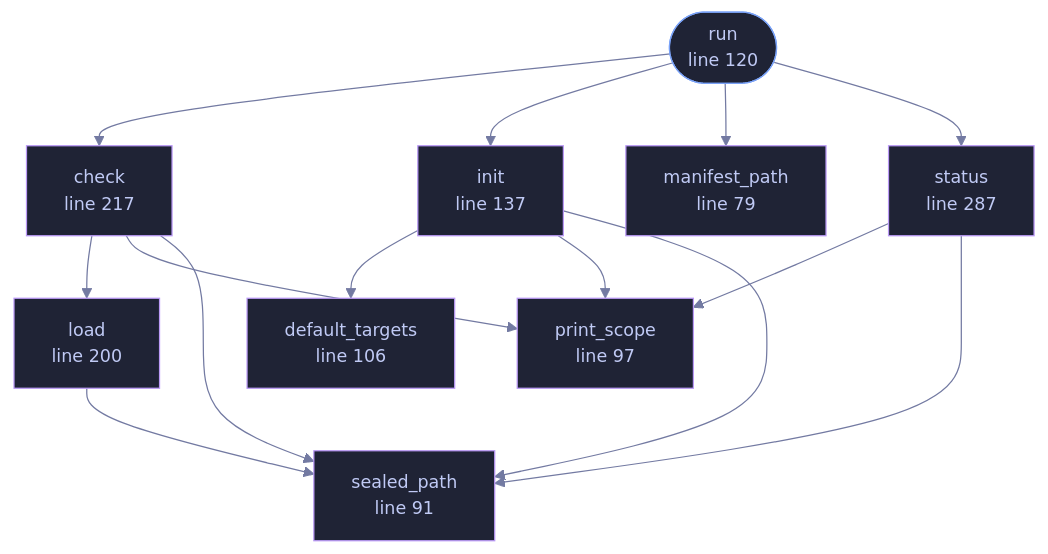
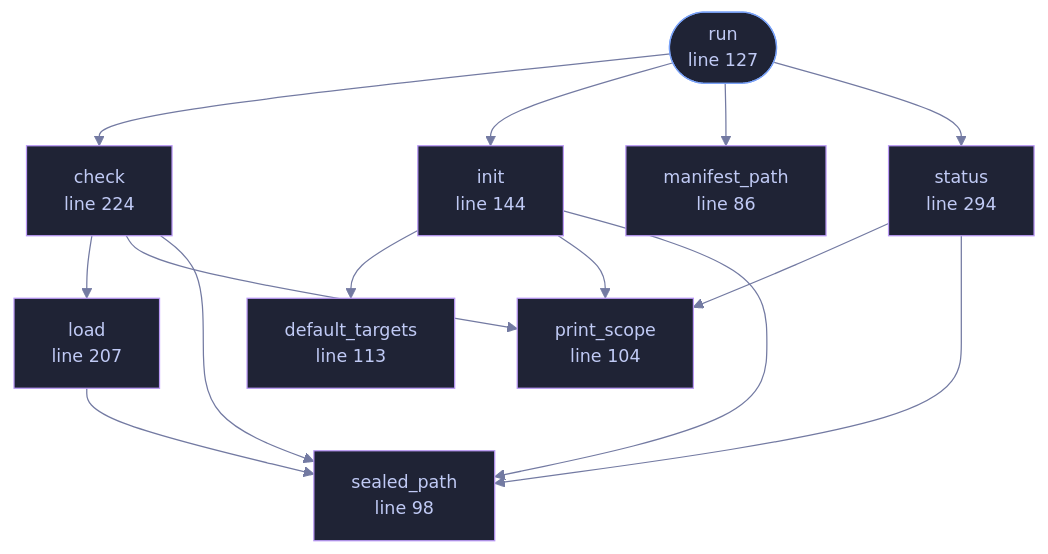
The diagram in docs/files/veilvoice-cli/guard.md (tilas01/veilvoice), drawn with Mermaid before and after one commit. The commit also changed other lines of this file and 85 other files, not shown here.

````diff
--- a/docs/files/veilvoice-cli/guard.md
+++ b/docs/files/veilvoice-cli/guard.md
@@ -102,39 +102,39 @@
 ```mermaid
 %%{init: {"theme":"base","themeVariables":{"background":"#1a1b26","primaryColor":"#1f2335","primaryTextColor":"#c0caf5","primaryBorderColor":"#7aa2f7","secondaryColor":"#16161e","tertiaryColor":"#16161e","lineColor":"#737aa2","textColor":"#c0caf5","mainBkg":"#1f2335","nodeBorder":"#7aa2f7","clusterBkg":"#16161e","clusterBorder":"#2f3549","fontFamily":"ui-monospace, SFMono-Regular, Consolas, monospace","fontSize":"14px"}}}%%
 flowchart TD
-    n_manifest_path["manifest_path<br/>line 79"]
-    n_sealed_path["sealed_path<br/>line 91"]
-    n_print_scope["print_scope<br/>line 97"]
-    n_default_targets["default_targets<br/>line 106"]
-    n_run(["run<br/>line 120"])
-    n_init["init<br/>line 137"]
-    n_load["load<br/>line 200"]
-    n_check["check<br/>line 217"]
-    n_status["status<br/>line 287"]
+    n_manifest_path["manifest_path<br/>line 86"]
+    n_sealed_path["sealed_path<br/>line 98"]
+    n_print_scope["print_scope<br/>line 104"]
+    n_default_targets["default_targets<br/>line 113"]
+    n_run(["run<br/>line 127"])
+    n_init["init<br/>line 144"]
+    n_load["load<br/>line 207"]
+    n_check["check<br/>line 224"]
+    n_status["status<br/>line 294"]
     n_check --> n_load
     n_check --> n_print_scope
     n_check --> n_sealed_path
     n_init --> n_default_targets
     n_init --> n_print_scope
     n_init --> n_sealed_path
     n_load --> n_sealed_path
     n_run --> n_check
     n_run --> n_init
     n_run --> n_manifest_path
     n_run --> n_status
     n_status --> n_print_scope
     n_status --> n_sealed_path
-    click n_manifest_path href "https://github.com/tilas01/veilvoice/blob/main/crates/veilvoice-cli/src/guard.rs#L79" "open the source"
-    click n_sealed_path href "https://github.com/tilas01/veilvoice/blob/main/crates/veilvoice-cli/src/guard.rs#L91" "open the source"
-    click n_print_scope href "https://github.com/tilas01/veilvoice/blob/main/crates/veilvoice-cli/src/guard.rs#L97" "open the source"
-    click n_default_targets href "https://github.com/tilas01/veilvoice/blob/main/crates/veilvoice-cli/src/guard.rs#L106" "open the source"
-    click n_run href "https://github.com/tilas01/veilvoice/blob/main/crates/veilvoice-cli/src/guard.rs#L120" "open the source"
-    click n_init href "https://github.com/tilas01/veilvoice/blob/main/crates/veilvoice-cli/src/guard.rs#L137" "open the source"
-    click n_load href "https://github.com/tilas01/veilvoice/blob/main/crates/veilvoice-cli/src/guard.rs#L200" "open the source"
-    click n_check href "https://github.com/tilas01/veilvoice/blob/main/crates/veilvoice-cli/src/guard.rs#L217" "open the source"
-    click n_status href "https://github.com/tilas01/veilvoice/blob/main/crates/veilvoice-cli/src/guard.rs#L287" "open the source"
+    click n_manifest_path href "https://github.com/tilas01/veilvoice/blob/main/crates/veilvoice-cli/src/guard.rs#L86" "open the source"
+    click n_sealed_path href "https://github.com/tilas01/veilvoice/blob/main/crates/veilvoice-cli/src/guard.rs#L98" "open the source"
+    click n_print_scope href "https://github.com/tilas01/veilvoice/blob/main/crates/veilvoice-cli/src/guard.rs#L104" "open the source"
+    click n_default_targets href "https://github.com/tilas01/veilvoice/blob/main/crates/veilvoice-cli/src/guard.rs#L113" "open the source"
+    click n_run href "https://github.com/tilas01/veilvoice/blob/main/crates/veilvoice-cli/src/guard.rs#L127" "open the source"
+    click n_init href "https://github.com/tilas01/veilvoice/blob/main/crates/veilvoice-cli/src/guard.rs#L144" "open the source"
+    click n_load href "https://github.com/tilas01/veilvoice/blob/main/crates/veilvoice-cli/src/guard.rs#L207" "open the source"
+    click n_check href "https://github.com/tilas01/veilvoice/blob/main/crates/veilvoice-cli/src/guard.rs#L224" "open the source"
+    click n_status href "https://github.com/tilas01/veilvoice/blob/main/crates/veilvoice-cli/src/guard.rs#L294" "open the source"
     classDef entry fill:#1f2335,stroke:#7aa2f7,color:#c0caf5
     class n_run entry
     classDef helper fill:#1f2335,stroke:#bb9af7,color:#c0caf5
     class n_manifest_path,n_sealed_path,n_print_scope,n_default_targets,n_init,n_load,n_check,n_status helper
 ```
````
